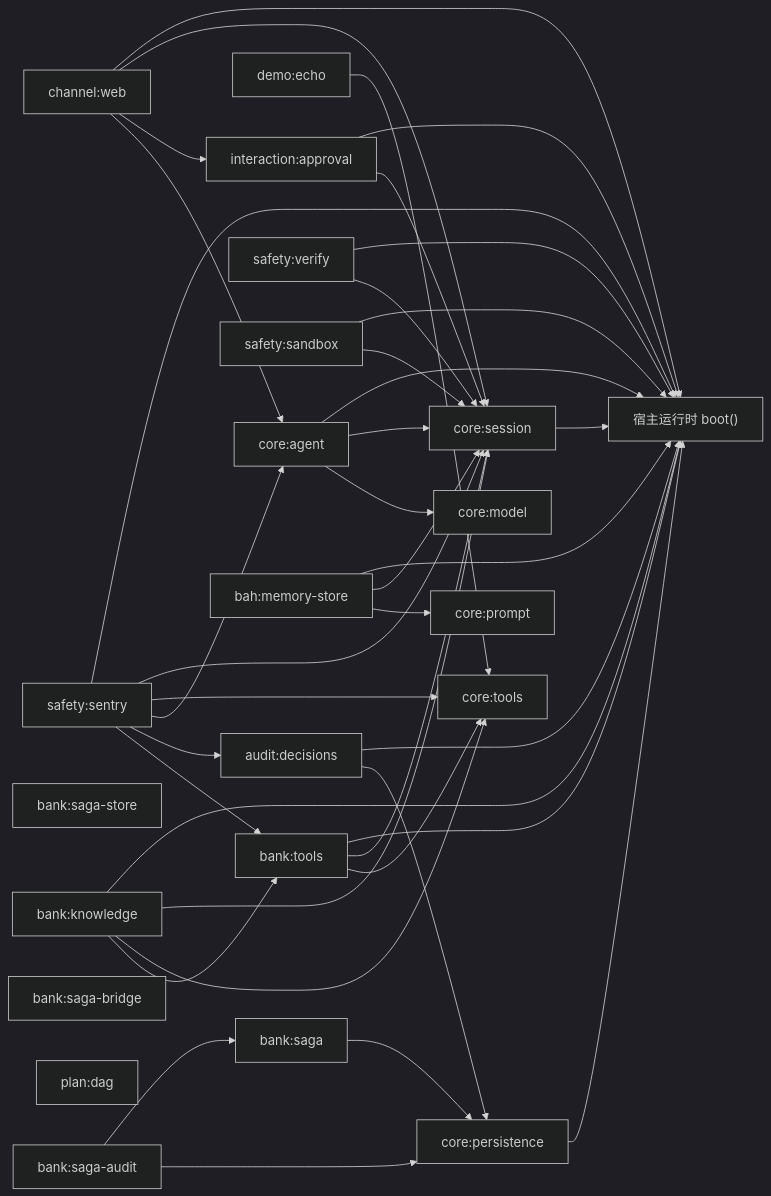
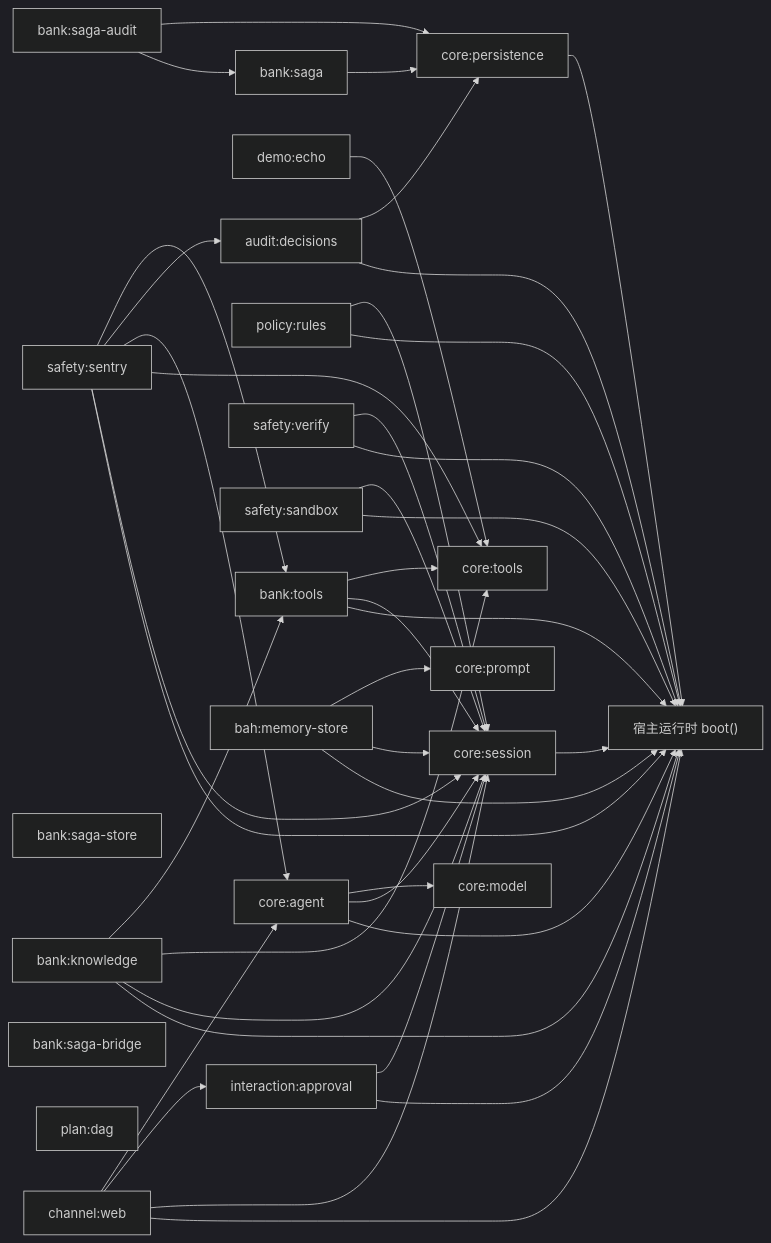
One commit to YYYPROBEE/BAH changed the first of 2 diagrams in docs/architecture.md. Above: the diagram before and after it, drawn with Mermaid (dark theme). The commit also changed other lines of this file and 29 other files, not shown here.

First line of the commit message:
feat(policy): 策略外置 S2 —— 银行接入、宿主 policy:rules 与穷举等价

````diff
--- a/docs/architecture.md
+++ b/docs/architecture.md
@@ -76,61 +76,64 @@
 ```mermaid
 graph LR
   p0["core:session"]
   p1["core:tools"]
   p2["core:prompt"]
   p3["core:model"]
   p4["core:agent"]
   p5["core:persistence"]
   p6["audit:decisions"]
   p7["demo:echo"]
   p8["bank:tools"]
-  p9["bank:knowledge"]
-  p10["interaction:approval"]
-  p11["safety:sentry"]
-  p12["safety:verify"]
-  p13["safety:sandbox"]
-  p14["bank:saga-store"]
-  p15["bank:saga"]
-  p16["bank:saga-audit"]
-  p17["bank:saga-bridge"]
-  p18["plan:dag"]
-  p19["bah:memory-store"]
-  p20["channel:web"]
+  p9["policy:rules"]
+  p10["bank:knowledge"]
+  p11["interaction:approval"]
+  p12["safety:sentry"]
+  p13["safety:verify"]
+  p14["safety:sandbox"]
+  p15["bank:saga-store"]
+  p16["bank:saga"]
+  p17["bank:saga-audit"]
+  p18["bank:saga-bridge"]
+  p19["plan:dag"]
+  p20["bah:memory-store"]
+  p21["channel:web"]
   p0 --> host["宿主运行时 boot()"]
   p10 --> host["宿主运行时 boot()"]
   p10 --> p0
+  p10 --> p1
+  p10 --> p8
   p11 --> host["宿主运行时 boot()"]
   p11 --> p0
-  p11 --> p1
-  p11 --> p4
-  p11 --> p6
-  p11 --> p8
   p12 --> host["宿主运行时 boot()"]
   p12 --> p0
+  p12 --> p1
+  p12 --> p4
+  p12 --> p6
+  p12 --> p8
   p13 --> host["宿主运行时 boot()"]
   p13 --> p0
-  p15 --> p5
-  p16 --> p15
+  p14 --> host["宿主运行时 boot()"]
+  p14 --> p0
   p16 --> p5
-  p19 --> host["宿主运行时 boot()"]
-  p19 --> p0
-  p19 --> p2
+  p17 --> p16
+  p17 --> p5
   p20 --> host["宿主运行时 boot()"]
   p20 --> p0
-  p20 --> p10
-  p20 --> p4
+  p20 --> p2
+  p21 --> host["宿主运行时 boot()"]
+  p21 --> p0
+  p21 --> p11
+  p21 --> p4
   p4 --> host["宿主运行时 boot()"]
   p4 --> p0
   p4 --> p3
   p5 --> host["宿主运行时 boot()"]
   p6 --> host["宿主运行时 boot()"]
   p6 --> p5
   p7 --> p1
   p8 --> host["宿主运行时 boot()"]
   p8 --> p0
   p8 --> p1
   p9 --> host["宿主运行时 boot()"]
   p9 --> p0
-  p9 --> p1
-  p9 --> p8
 ```
````
